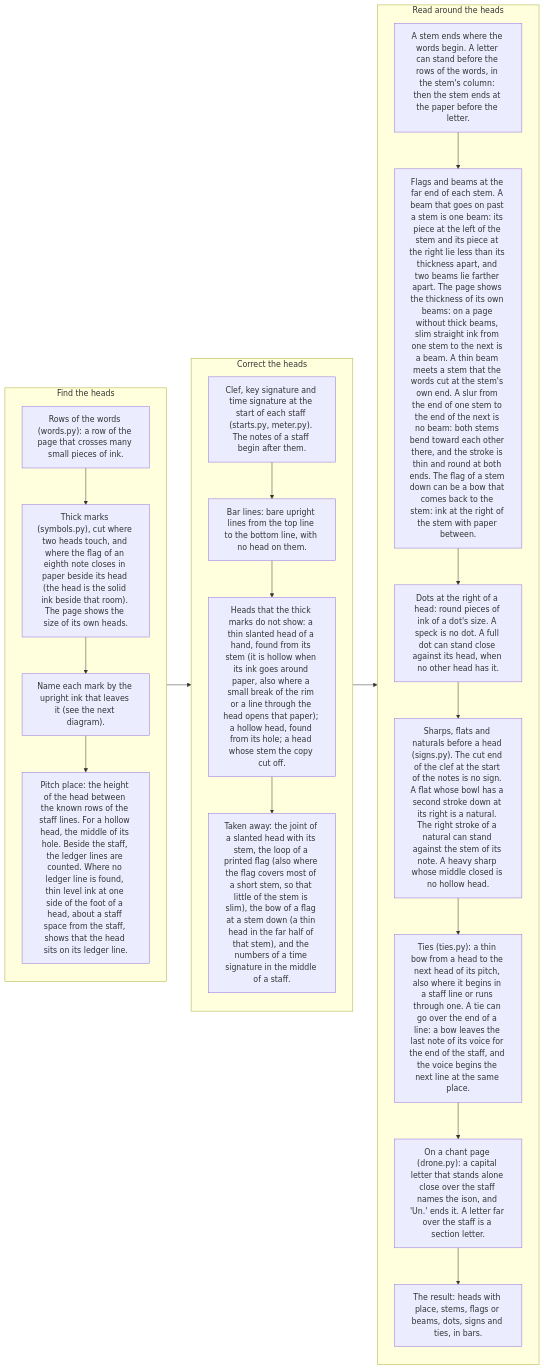
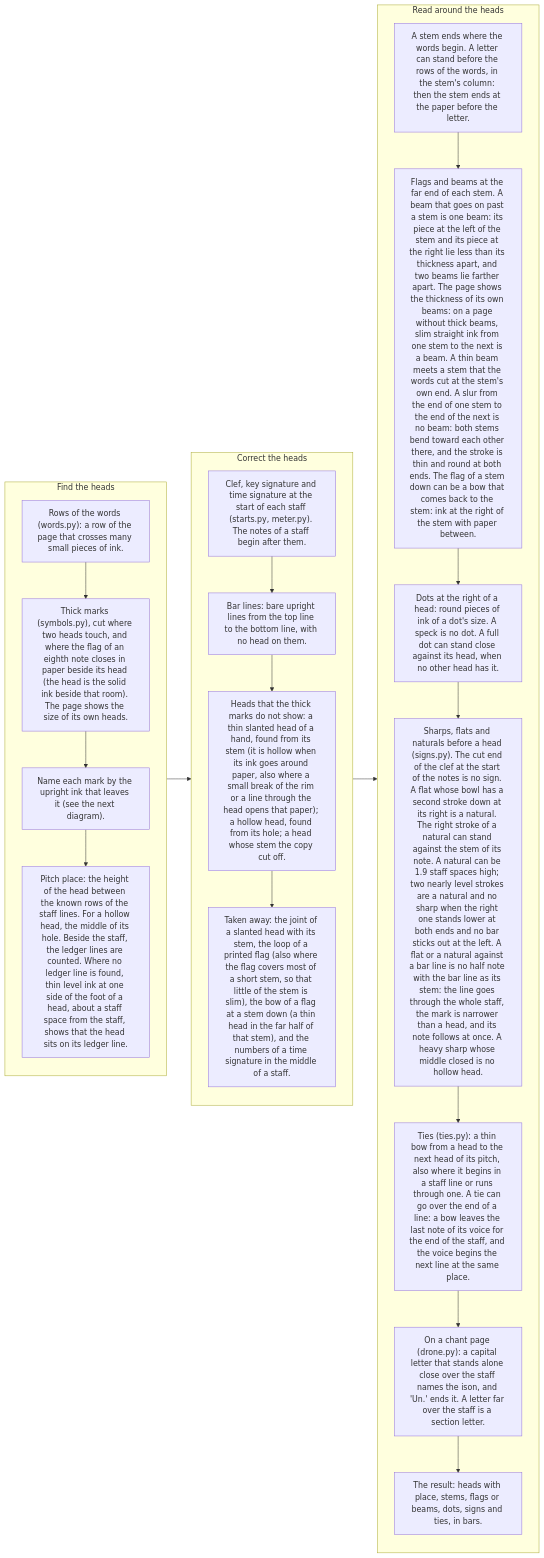
The fourth of 12 diagrams in README.md (sweet-cicero/ScoreReader), drawn with Mermaid before and after one commit. The commit also changed other lines of this file and 3 other files, not shown here.

First line of the commit message:
Signs: a flat or natural against a bar line, and three kinds of naturals

````diff
--- a/README.md
+++ b/README.md
@@ -152,31 +152,31 @@
 ```mermaid
 flowchart LR
     subgraph find["Find the heads"]
         direction TB
         f0["Rows of the words (words.py): a row of the page that crosses many small pieces of ink."]
         f1["Thick marks (symbols.py), cut where two heads touch, and where the flag of an eighth note closes in paper beside its head (the head is the solid ink beside that room). The page shows the size of its own heads."]
         f2["Name each mark by the upright ink that leaves it (see the next diagram)."]
         f3["Pitch place: the height of the head between the known rows of the staff lines. For a hollow head, the middle of its hole. Beside the staff, the ledger lines are counted. Where no ledger line is found, thin level ink at one side of the foot of a head, about a staff space from the staff, shows that the head sits on its ledger line."]
         f0 --> f1 --> f2 --> f3
     end
     subgraph more["Correct the heads"]
         direction TB
         m1["Clef, key signature and time signature at the start of each staff (starts.py, meter.py). The notes of a staff begin after them."]
         m2["Bar lines: bare upright lines from the top line to the bottom line, with no head on them."]
         m3["Heads that the thick marks do not show: a thin slanted head of a hand, found from its stem (it is hollow when its ink goes around paper, also where a small break of the rim or a line through the head opens that paper); a hollow head, found from its hole; a head whose stem the copy cut off."]
         m4["Taken away: the joint of a slanted head with its stem, the loop of a printed flag (also where the flag covers most of a short stem, so that little of the stem is slim), the bow of a flag at a stem down (a thin head in the far half of that stem), and the numbers of a time signature in the middle of a staff."]
         m1 --> m2 --> m3 --> m4
     end
     subgraph around["Read around the heads"]
         direction TB
         a1["A stem ends where the words begin. A letter can stand before the rows of the words, in the stem's column: then the stem ends at the paper before the letter."]
         a2["Flags and beams at the far end of each stem. A beam that goes on past a stem is one beam: its piece at the left of the stem and its piece at the right lie less than its thickness apart, and two beams lie farther apart. The page shows the thickness of its own beams: on a page without thick beams, slim straight ink from one stem to the next is a beam. A thin beam meets a stem that the words cut at the stem's own end. A slur from the end of one stem to the end of the next is no beam: both stems bend toward each other there, and the stroke is thin and round at both ends. The flag of a stem down can be a bow that comes back to the stem: ink at the right of the stem with paper between."]
         a3["Dots at the right of a head: round pieces of ink of a dot's size. A speck is no dot. A full dot can stand close against its head, when no other head has it."]
-        a4["Sharps, flats and naturals before a head (signs.py). The cut end of the clef at the start of the notes is no sign. A flat whose bowl has a second stroke down at its right is a natural. The right stroke of a natural can stand against the stem of its note. A heavy sharp whose middle closed is no hollow head."]
+        a4["Sharps, flats and naturals before a head (signs.py). The cut end of the clef at the start of the notes is no sign. A flat whose bowl has a second stroke down at its right is a natural. The right stroke of a natural can stand against the stem of its note. A natural can be 1.9 staff spaces high; two nearly level strokes are a natural and no sharp when the right one stands lower at both ends and no bar sticks out at the left. A flat or a natural against a bar line is no half note with the bar line as its stem: the line goes through the whole staff, the mark is narrower than a head, and its note follows at once. A heavy sharp whose middle closed is no hollow head."]
         a5["Ties (ties.py): a thin bow from a head to the next head of its pitch, also where it begins in a staff line or runs through one. A tie can go over the end of a line: a bow leaves the last note of its voice for the end of the staff, and the voice begins the next line at the same place."]
         a6["On a chant page (drone.py): a capital letter that stands alone close over the staff names the ison, and 'Un.' ends it. A letter far over the staff is a section letter."]
         a7["The result: heads with place, stems, flags or beams, dots, signs and ties, in bars."]
         a1 --> a2 --> a3 --> a4 --> a5 --> a6 --> a7
     end
     find --> more --> around
 ```
````
